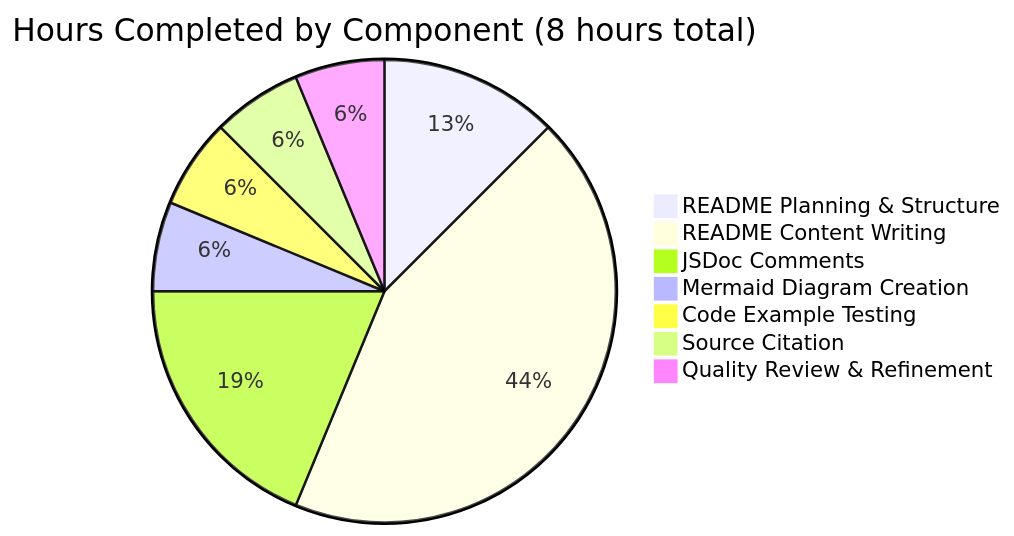
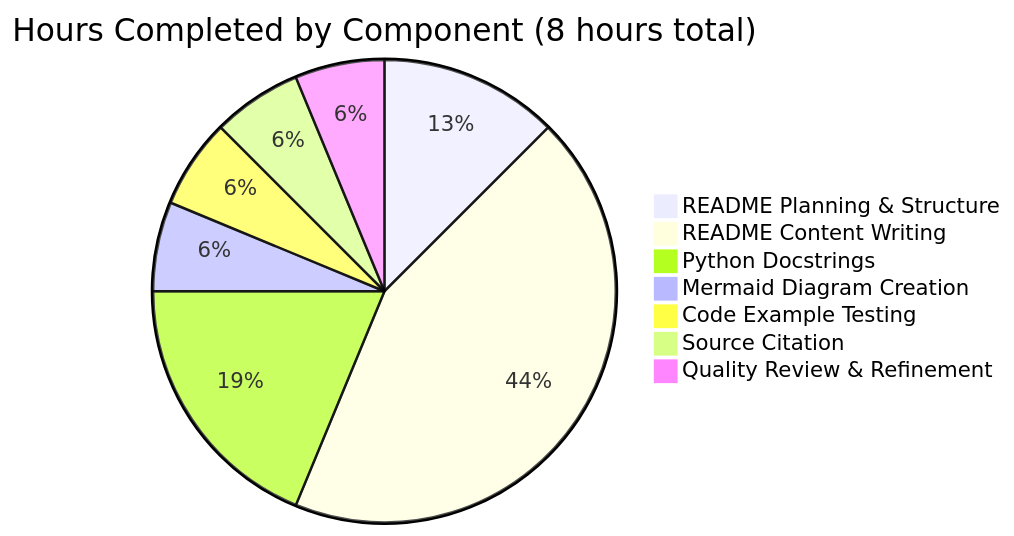
One commit to lakshya-blitzy/hello_world_Oct_2025 changed the first of 5 diagrams in blitzy/documentation/Project Guide.md. Above: the diagram before and after it, drawn with Mermaid. The commit also changed other lines of this file, not shown here.

First line of the commit message:
docs: Migrate Project Guide from Node.js to Python Flask references

````diff
--- a/blitzy/documentation/Project Guide.md
+++ b/blitzy/documentation/Project Guide.md
@@ -163,10 +162,10 @@
 ```mermaid
 pie title Hours Completed by Component (8 hours total)
     "README Planning & Structure" : 1.0
     "README Content Writing" : 3.5
-    "JSDoc Comments" : 1.5
+    "Python Docstrings" : 1.5
     "Mermaid Diagram Creation" : 0.5
     "Code Example Testing" : 0.5
     "Source Citation" : 0.5
     "Quality Review & Refinement" : 0.5
 ```
````
